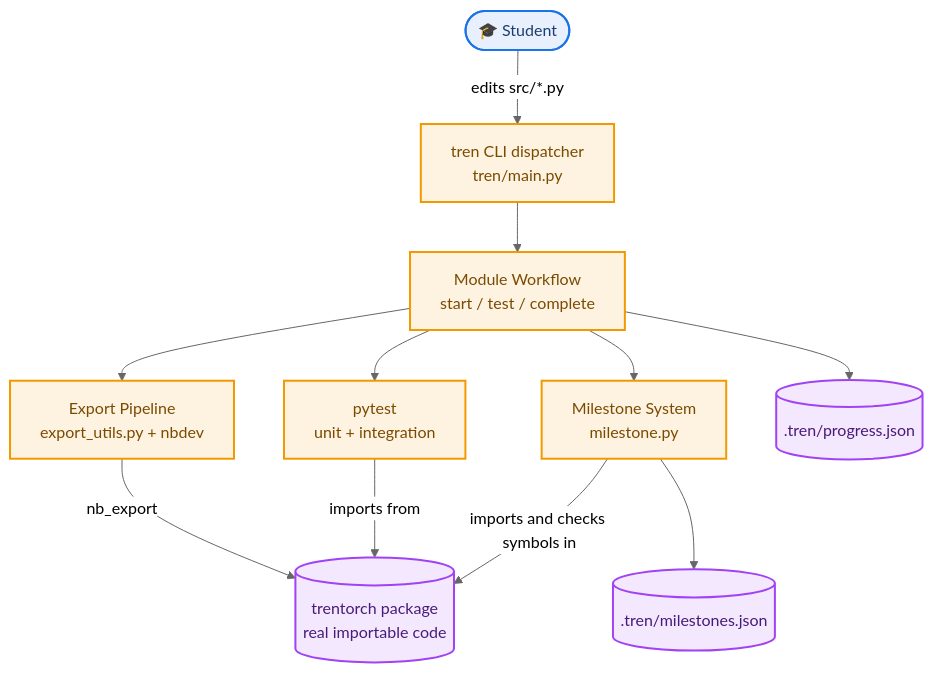
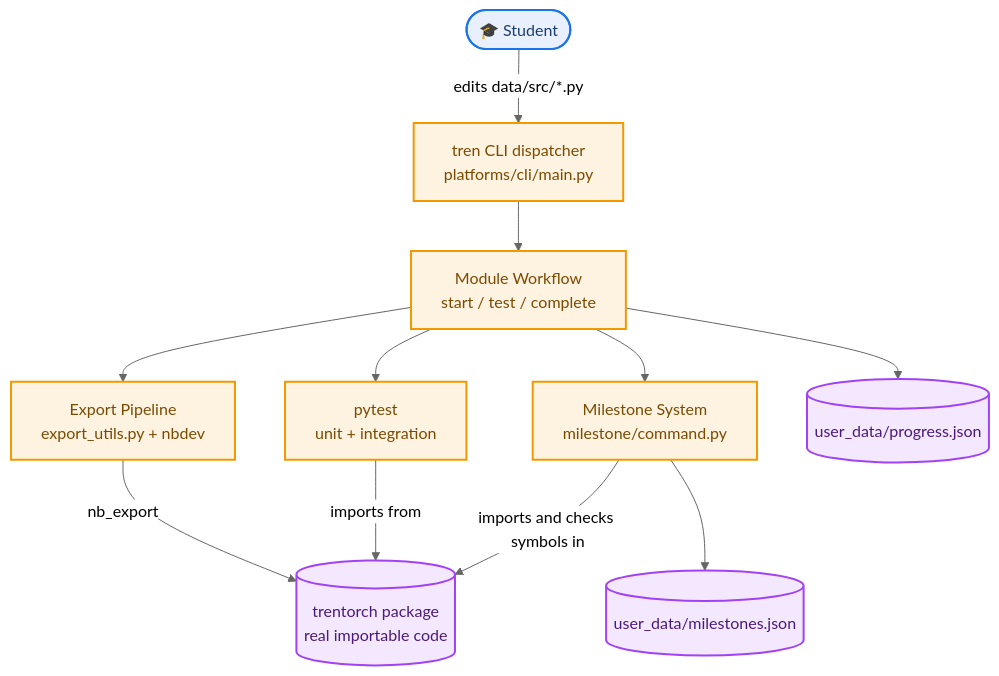
One commit to Shashank-Tripathi-07/TrenTorch changed the diagram in docs/system_design.md. Above: the diagram before and after it, drawn with Mermaid (neutral theme). The commit also changed other lines of this file and 10 other files, not shown here.

Commit message:
docs: full audit for staleness after the data/ and platforms/ restructurings

````diff
--- a/docs/system_design.md
+++ b/docs/system_design.md
@@ -24,31 +24,31 @@
 ```mermaid
 flowchart TD
     Student(["🎓 Student"])
-    CLI["tren CLI dispatcher<br/>tren/main.py"]
+    CLI["tren CLI dispatcher<br/>platforms/cli/main.py"]
     Workflow["Module Workflow<br/>start / test / complete"]
     Export["Export Pipeline<br/>export_utils.py + nbdev"]
     Pkg[("trentorch package<br/>real importable code")]
     Tests["pytest<br/>unit + integration"]
-    Milestone["Milestone System<br/>milestone.py"]
-    MFile[(".tren/milestones.json")]
-    PFile[(".tren/progress.json")]
+    Milestone["Milestone System<br/>milestone/command.py"]
+    MFile[("user_data/milestones.json")]
+    PFile[("user_data/progress.json")]
 
-    Student -->|edits src/*.py| CLI
+    Student -->|edits data/src/*.py| CLI
     CLI --> Workflow
     Workflow --> Export
     Export -->|nb_export| Pkg
     Workflow --> Tests
     Tests -->|imports from| Pkg
     Workflow --> PFile
     Workflow --> Milestone
     Milestone -->|imports and checks symbols in| Pkg
     Milestone --> MFile
 
     classDef client fill:#e8f0fe,stroke:#1a73e8,stroke-width:2px,color:#1a3c6e
     classDef core fill:#fef3e0,stroke:#f29900,stroke-width:2px,color:#7a4a00
     classDef storage fill:#f3e8fd,stroke:#a142f4,stroke-width:2px,color:#4a1a7a
 
     class Student client
     class CLI,Workflow,Export,Tests,Milestone core
     class Pkg,MFile,PFile storage
 ```
````
